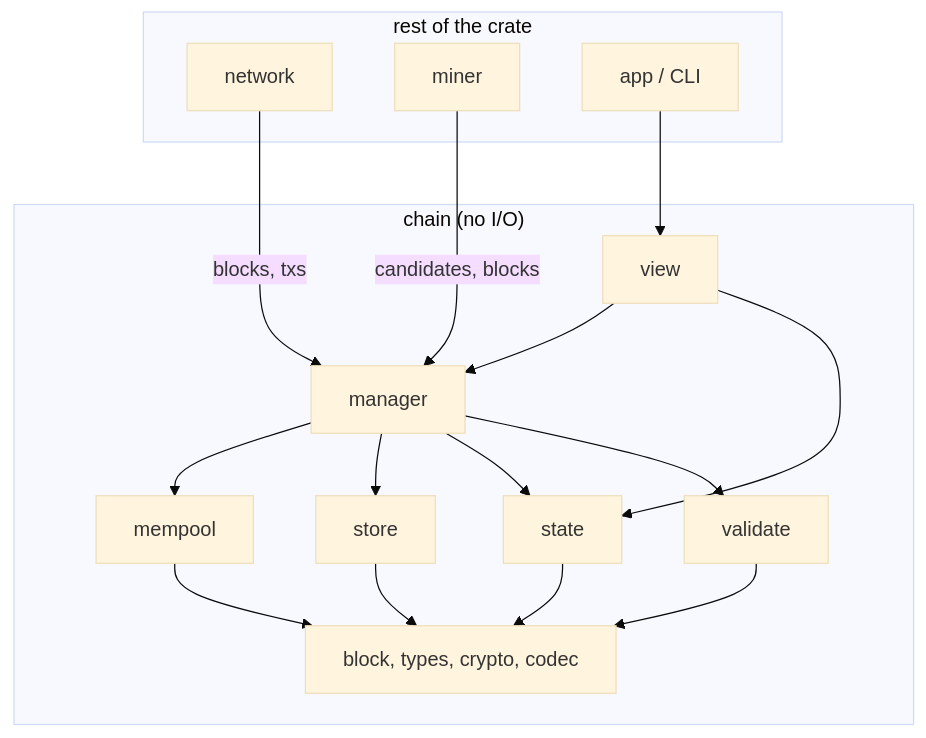
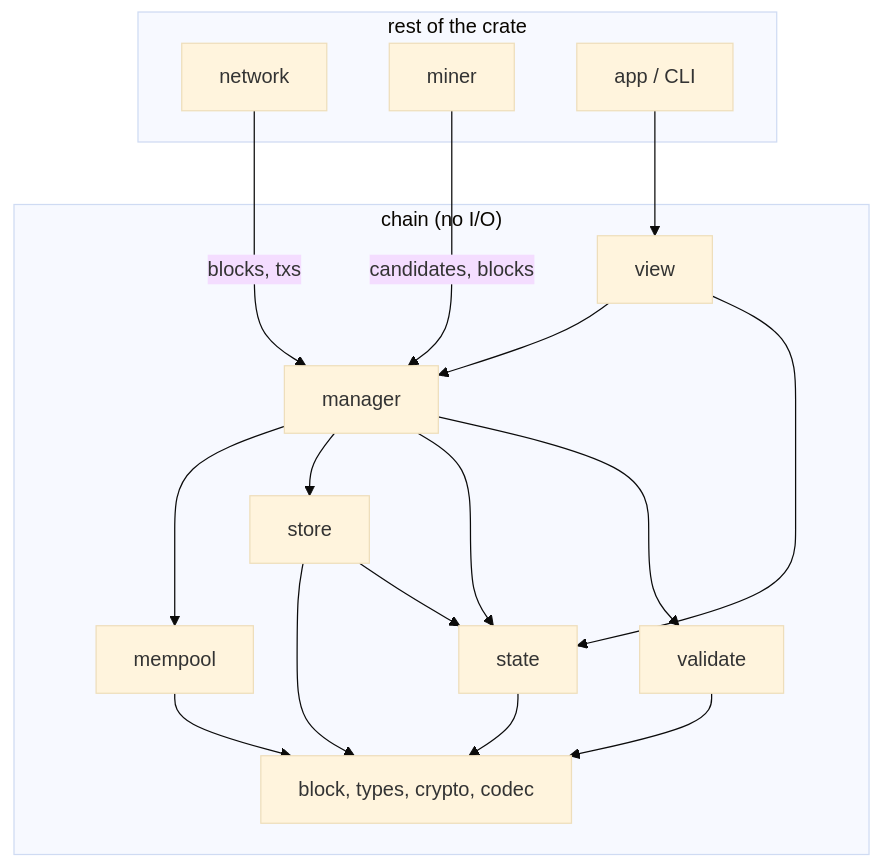
Before and after one commit to tigernilla1111/chainlink: the second of 8 diagrams in docs/design.md, drawn with Mermaid (base theme). The commit also changed other lines of this file and 5 other files, not shown here.

````diff
--- a/docs/design.md
+++ b/docs/design.md
@@ -49,30 +49,31 @@
 ```mermaid
 flowchart TB
   subgraph outside["rest of the crate"]
     net["network"]
     miner["miner"]
     app["app / CLI"]
   end
   subgraph chain["chain (no I/O)"]
     view["view"]
     mgr["manager"]
     mempool["mempool"]
     store["store"]
     state["state"]
     validate["validate"]
     types["block, types, crypto, codec"]
   end
   net -->|blocks, txs| mgr
   miner -->|candidates, blocks| mgr
   app --> view
   view --> mgr
   view --> state
   mgr --> mempool
   mgr --> store
   mgr --> state
   mgr --> validate
   mempool --> types
   store --> types
+  store --> state
   state --> types
   validate --> types
 ```
````
